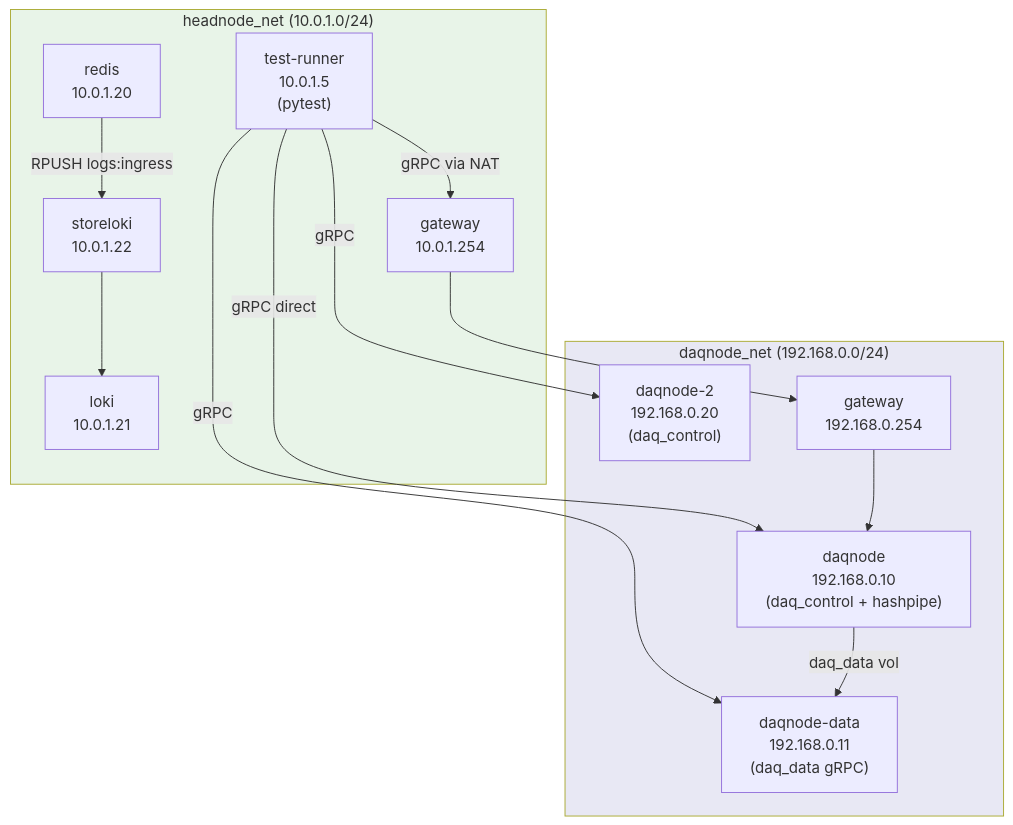
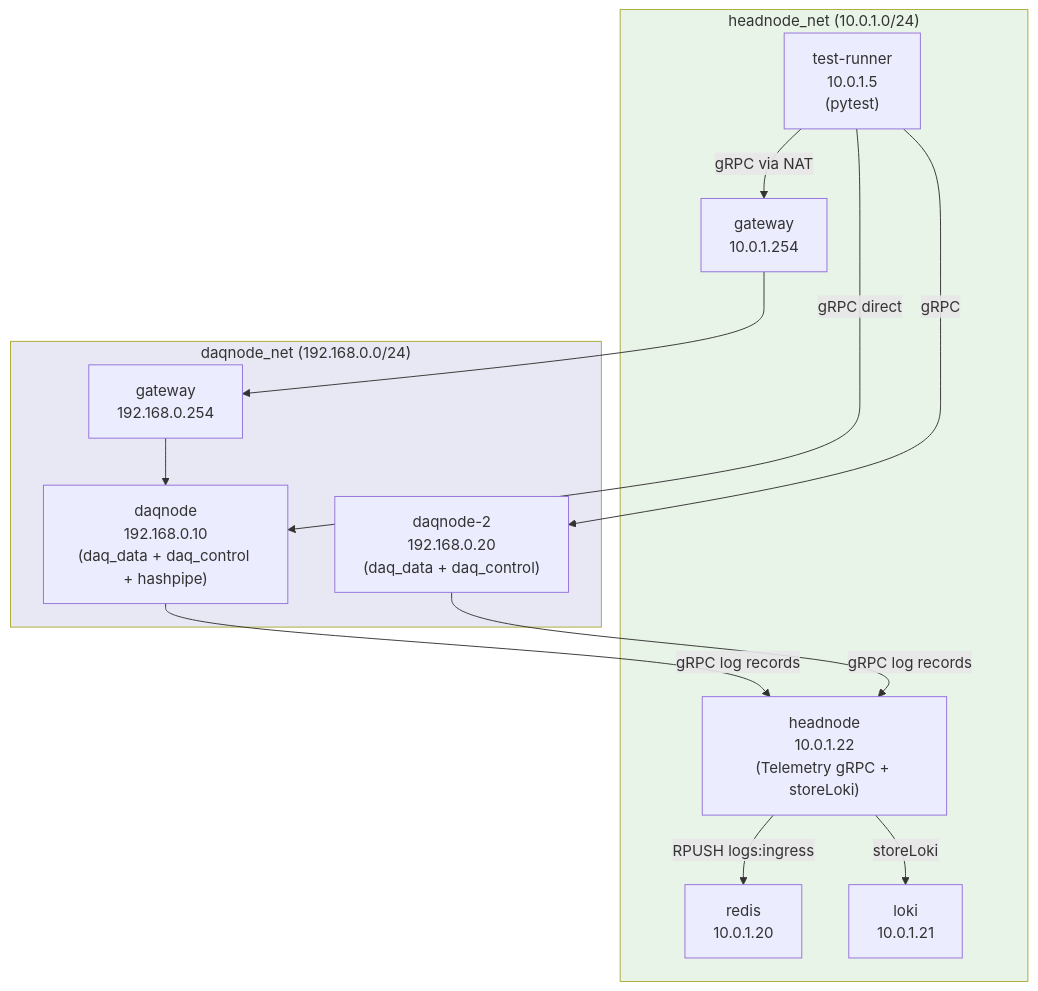
The diagram in control/ci-tests/README.md (panoseti/panoseti), drawn with Mermaid before and after one commit. The commit also changed other lines of this file and 13 other files, not shown here.

````diff
--- a/control/ci-tests/README.md
+++ b/control/ci-tests/README.md
@@ -34,27 +36,27 @@
 ```mermaid
 graph TB
     subgraph headnode_net["headnode_net (10.0.1.0/24)"]
         TR["test-runner<br/>10.0.1.5<br/>(pytest)"]
         GW_H["gateway<br/>10.0.1.254"]
         RD["redis<br/>10.0.1.20"]
         LK["loki<br/>10.0.1.21"]
-        SL["storeloki<br/>10.0.1.22"]
+        HN["headnode<br/>10.0.1.22<br/>(Telemetry gRPC + storeLoki)"]
     end
 
     subgraph daqnode_net["daqnode_net (192.168.0.0/24)"]
-        DN["daqnode<br/>192.168.0.10<br/>(daq_control + hashpipe)"]
-        DD["daqnode-data<br/>192.168.0.11<br/>(daq_data gRPC)"]
-        DN2["daqnode-2<br/>192.168.0.20<br/>(daq_control)"]
+        DN["daqnode<br/>192.168.0.10<br/>(daq_data + daq_control + hashpipe)"]
+        DN2["daqnode-2<br/>192.168.0.20<br/>(daq_data + daq_control)"]
         GW_D["gateway<br/>192.168.0.254"]
     end
 
     TR -- "gRPC direct" --> DN
     TR -- "gRPC via NAT" --> GW_H --> GW_D --> DN
-    TR -- "gRPC" --> DD
     TR -- "gRPC" --> DN2
-    RD -- "RPUSH logs:ingress" --> SL --> LK
-    DN -- "daq_data vol" --> DD
+    DN -- "gRPC log records" --> HN
+    DN2 -- "gRPC log records" --> HN
+    HN -- "RPUSH logs:ingress" --> RD
+    HN -- "storeLoki" --> LK
 
     style headnode_net fill:#e8f4e8
     style daqnode_net fill:#e8e8f4
 ```
````
